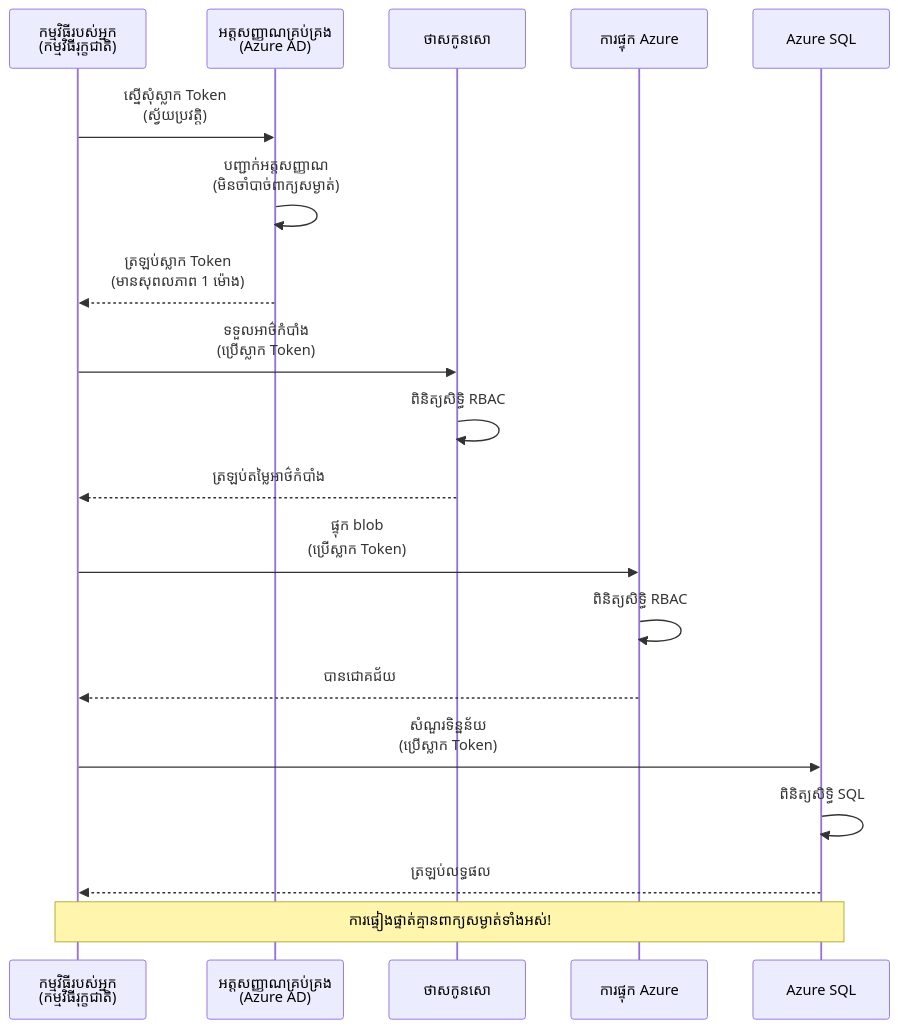
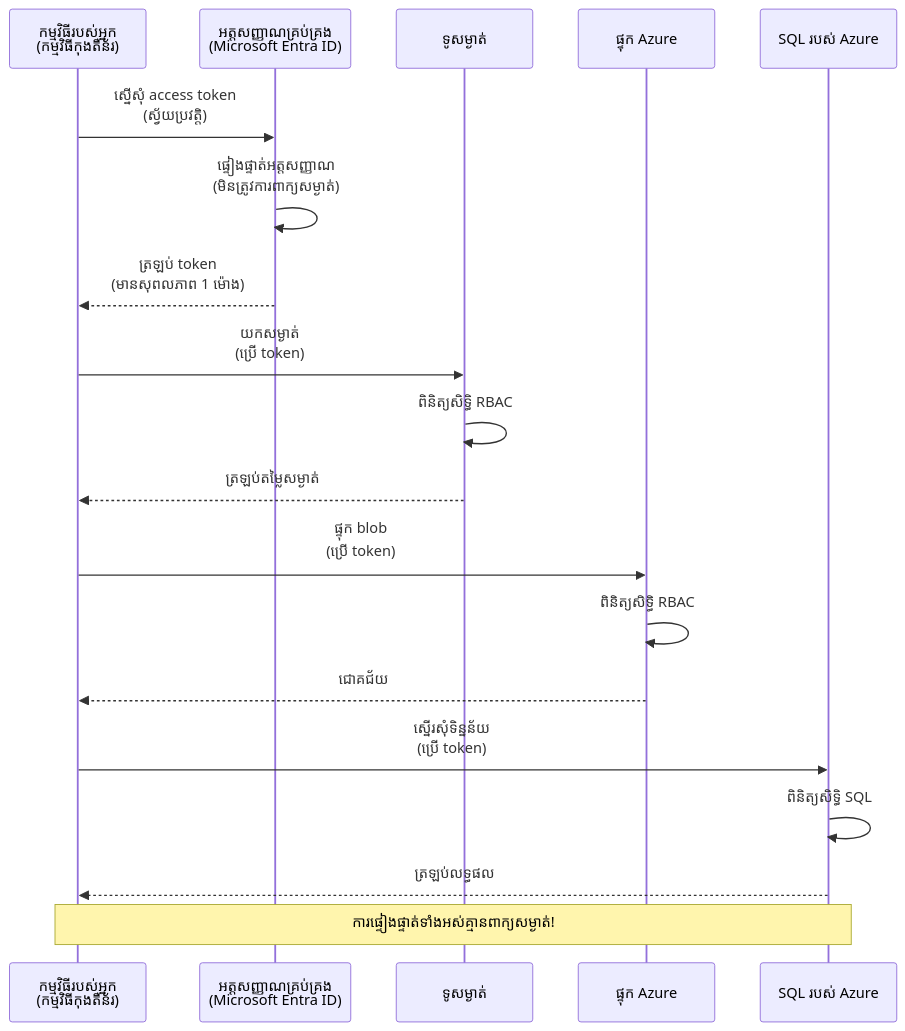
One commit to microsoft/AZD-for-beginners changed the first of 2 diagrams in translations/km/docs/chapter-03-configuration/authsecurity.md. Above: the diagram before and after it, drawn with Mermaid. The commit also changed other lines of this file and 34 other files, not shown here.

````diff
--- a/translations/km/docs/chapter-03-configuration/authsecurity.md
+++ b/translations/km/docs/chapter-03-configuration/authsecurity.md
@@ -69,26 +69,26 @@
 ```mermaid
 sequenceDiagram
-    participant App as កម្មវិធី​របស់​អ្នក<br/>(កម្មវិធី​រុក្ខជាតិ)
-    participant MI as អត្តសញ្ញាណ​គ្រប់គ្រង<br/>(Azure AD)
-    participant KV as ថាស​កូនសោ
-    participant Storage as ការផ្ទុក Azure
-    participant DB as Azure SQL
+    participant App as កម្មវិធីរបស់អ្នក<br/>(កម្មវិធីកុងតឺន័រ)
+    participant MI as អត្តសញ្ញាណគ្រប់​គ្រង<br/>(Microsoft Entra ID)
+    participant KV as ទូសម្ងាត់
+    participant Storage as ផ្ទុក Azure
+    participant DB as SQL របស់ Azure
     
-    App->>MI: ស្នើសុំ​ស្លាក Token<br/>(ស្វ័យប្រវត្តិ)
-    MI->>MI: បញ្ជាក់​អត្តសញ្ញាណ<br/>(មិនចាំបាច់​ពាក្យសម្ងាត់)
-    MI-->>App: ត្រឡប់​ស្លាក Token<br/>(មានសុពលភាព 1 ម៉ោង)
+    App->>MI: ស្នើសុំ access token<br/>(ស្វ័យប្រវត្តិ)
+    MI->>MI: ផ្ទៀងផ្ទាត់អត្តសញ្ញាណ<br/>(មិនត្រូវការពាក្យសម្ងាត់)
+    MI-->>App: ត្រឡប់ token<br/>(មានសុពលភាព 1 ម៉ោង)
     
-    App->>KV: ទទួល​អាថ៌កំបាំង<br/>(ប្រើ​ស្លាក Token)
-    KV->>KV: ពិនិត្យ​សិទ្ធិ RBAC
-    KV-->>App: ត្រឡប់​តម្លៃអាថ៌កំបាំង
+    App->>KV: យកសម្ងាត់<br/>(ប្រើ token)
+    KV->>KV: ពិនិត្យសិទ្ធិ RBAC
+    KV-->>App: ត្រឡប់តម្លៃសម្ងាត់
     
-    App->>Storage: ផ្ទុក blob<br/>(ប្រើ​ស្លាក Token)
-    Storage->>Storage: ពិនិត្យ​សិទ្ធិ RBAC
-    Storage-->>App: បាន​ជោគជ័យ
+    App->>Storage: ផ្ទុក blob<br/>(ប្រើ token)
+    Storage->>Storage: ពិនិត្យសិទ្ធិ RBAC
+    Storage-->>App: ជោគជ័យ
     
-    App->>DB: សំណួរ​ទិន្នន័យ<br/>(ប្រើ​ស្លាក Token)
-    DB->>DB: ពិនិត្យ​សិទ្ធិ SQL
-    DB-->>App: ត្រឡប់​លទ្ធផល
+    App->>DB: ស្នើរសុំទិន្នន័យ<br/>(ប្រើ token)
+    DB->>DB: ពិនិត្យសិទ្ធិ SQL
+    DB-->>App: ត្រឡប់លទ្ធផល
     
-    Note over App,DB: ការផ្ទៀងផ្ទាត់​គ្មាន​ពាក្យសម្ងាត់​ទាំងអស់!
+    Note over App,DB: ការផ្ទៀងផ្ទាត់ទាំងអស់គ្មានពាក្យសម្ងាត់!
 ```
````
